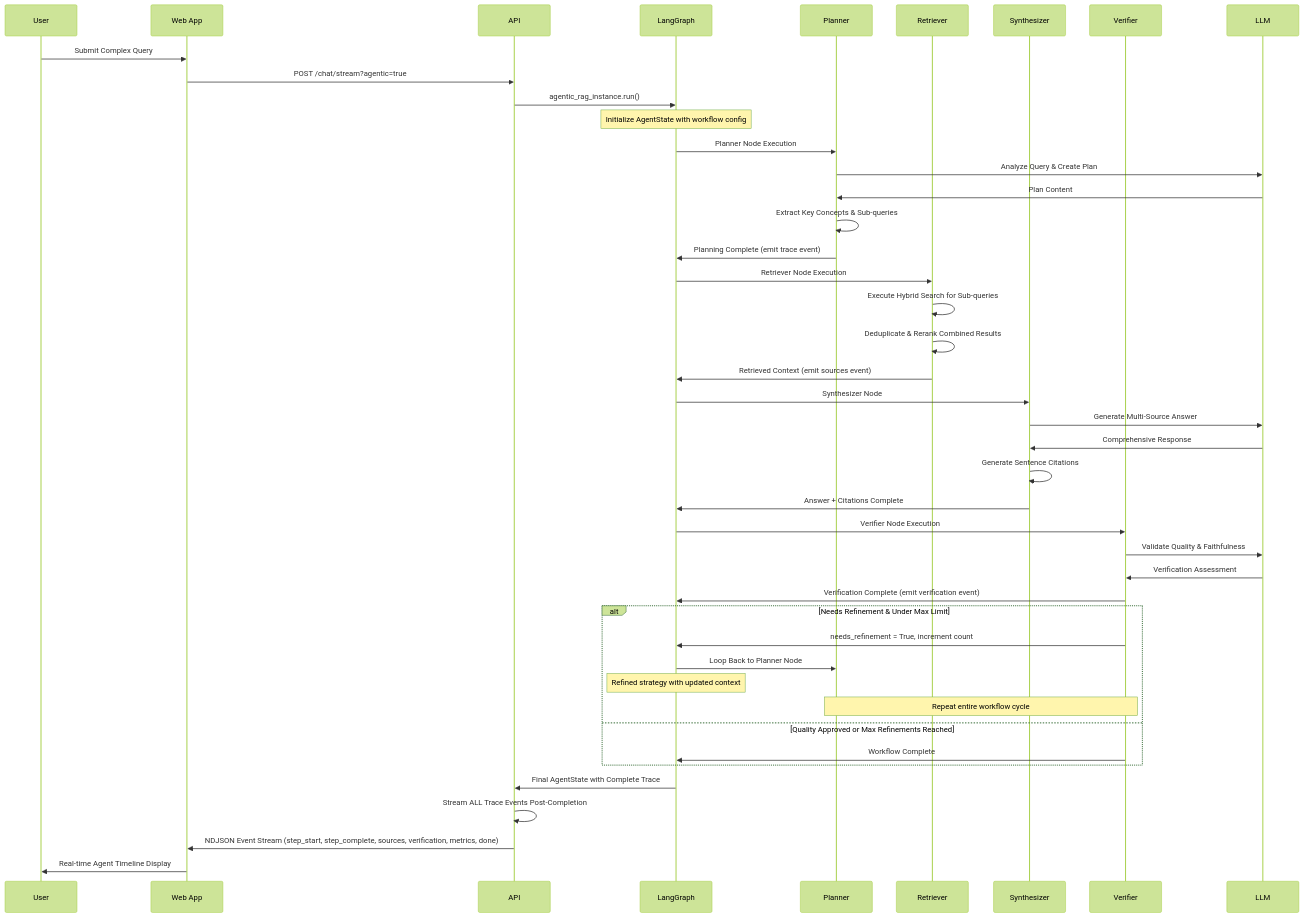
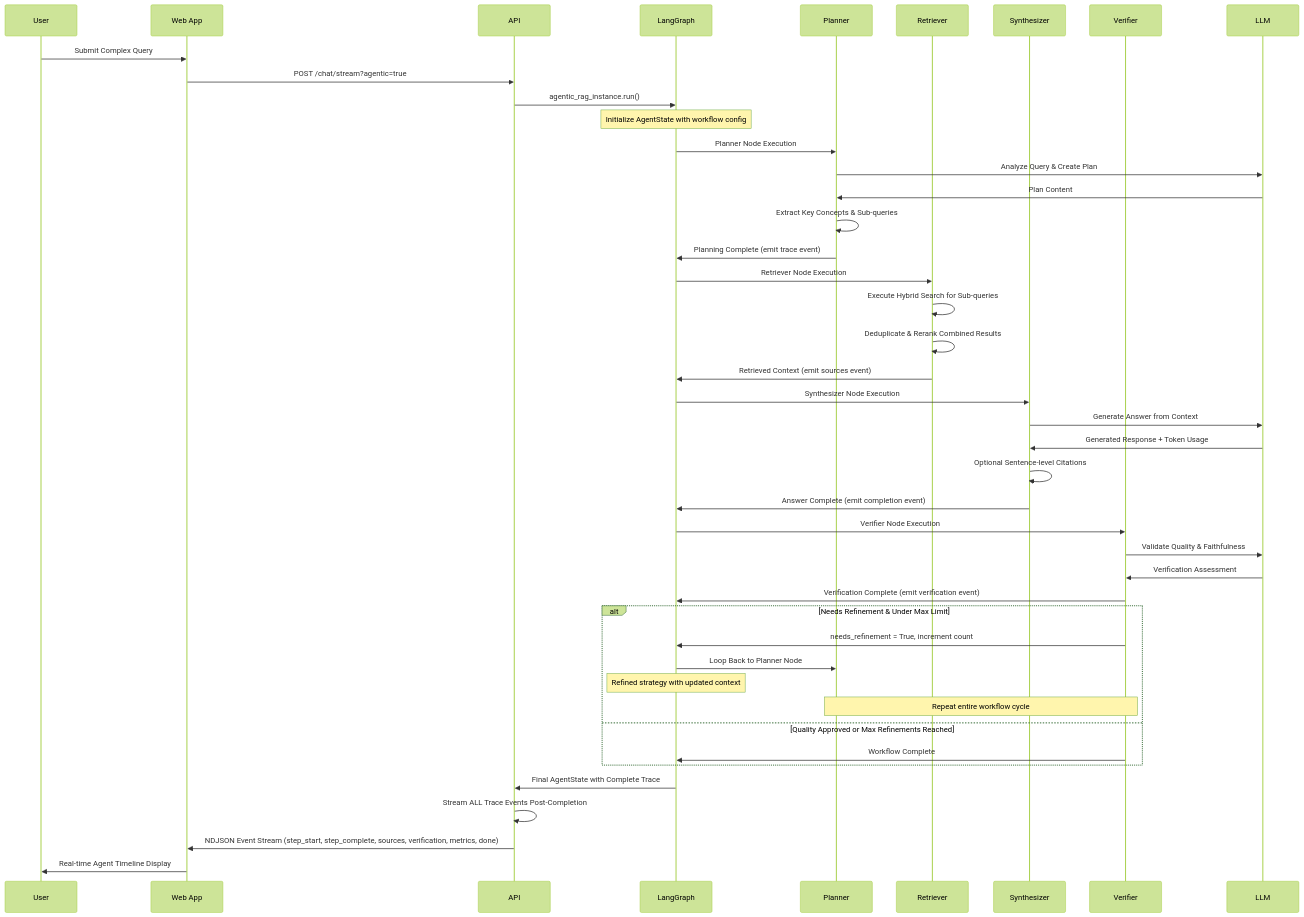
One commit to Marcussy34/maistorage changed the fourth of 4 diagrams in docs/ARCHITECTURE.md. Above: the diagram before and after it, drawn with Mermaid (forest theme).

````diff
--- a/docs/ARCHITECTURE.md
+++ b/docs/ARCHITECTURE.md
@@ -252,53 +252,53 @@
 ```mermaid
 sequenceDiagram
     participant U as User
     participant W as Web App
     participant A as API
     participant G as LangGraph
     participant P as Planner
     participant R as Retriever
     participant S as Synthesizer
     participant V as Verifier
     participant L as LLM
 
     U->>W: Submit Complex Query
     W->>A: POST /chat/stream?agentic=true
     A->>G: agentic_rag_instance.run()
     
     Note over G: Initialize AgentState with workflow config
     G->>P: Planner Node Execution
     P->>L: Analyze Query & Create Plan
     L->>P: Plan Content
     P->>P: Extract Key Concepts & Sub-queries
     P->>G: Planning Complete (emit trace event)
     
     G->>R: Retriever Node Execution
     R->>R: Execute Hybrid Search for Sub-queries
     R->>R: Deduplicate & Rerank Combined Results
     R->>G: Retrieved Context (emit sources event)
     
-    G->>S: Synthesizer Node
-    S->>L: Generate Multi-Source Answer
-    L->>S: Comprehensive Response
-    S->>S: Generate Sentence Citations
-    S->>G: Answer + Citations Complete
+    G->>S: Synthesizer Node Execution
+    S->>L: Generate Answer from Context
+    L->>S: Generated Response + Token Usage
+    S->>S: Optional Sentence-level Citations
+    S->>G: Answer Complete (emit completion event)
     
     G->>V: Verifier Node Execution
     V->>L: Validate Quality & Faithfulness
     L->>V: Verification Assessment
     V->>G: Verification Complete (emit verification event)
     
     alt Needs Refinement & Under Max Limit
         V->>G: needs_refinement = True, increment count
         G->>P: Loop Back to Planner Node
         Note over G: Refined strategy with updated context
         Note over P,V: Repeat entire workflow cycle
     else Quality Approved or Max Refinements Reached
         V->>G: Workflow Complete
     end
     
     G->>A: Final AgentState with Complete Trace
     A->>A: Stream ALL Trace Events Post-Completion
     A->>W: NDJSON Event Stream (step_start, step_complete, sources, verification, metrics, done)
     W->>U: Real-time Agent Timeline Display
 ```
````
